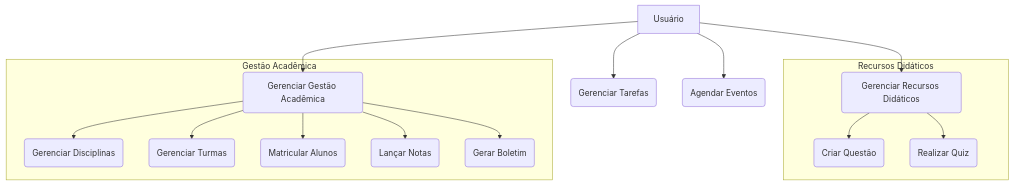
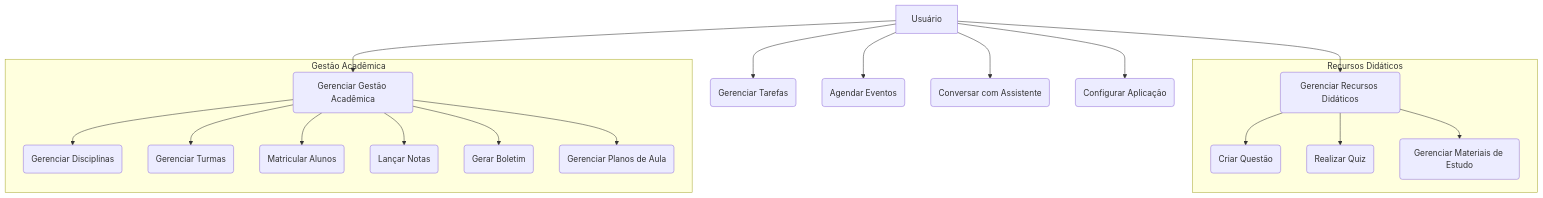
Before and after one commit to Estagiarius/agenda-pessoal: the second of 2 diagrams in docs/diagrams.md, drawn with Mermaid. The commit also changed other lines of this file and 6 other files, not shown here.

````diff
--- a/docs/diagrams.md
+++ b/docs/diagrams.md
@@ -56,20 +77,24 @@
 ```mermaid
 graph TD
     A[Usuário] --> B(Gerenciar Tarefas)
     A --> C(Agendar Eventos)
     A --> D(Gerenciar Recursos Didáticos)
     A --> E(Gerenciar Gestão Acadêmica)
+    A --> F(Conversar com Assistente)
+    A --> G(Configurar Aplicação)
 
     subgraph "Recursos Didáticos"
         D --> D1(Criar Questão)
         D --> D2(Realizar Quiz)
+        D --> D3(Gerenciar Materiais de Estudo)
     end
 
     subgraph "Gestão Acadêmica"
         E --> E1(Gerenciar Disciplinas)
         E --> E2(Gerenciar Turmas)
         E --> E3(Matricular Alunos)
         E --> E4(Lançar Notas)
         E --> E5(Gerar Boletim)
+        E --> E6(Gerenciar Planos de Aula)
     end
 ```
````
